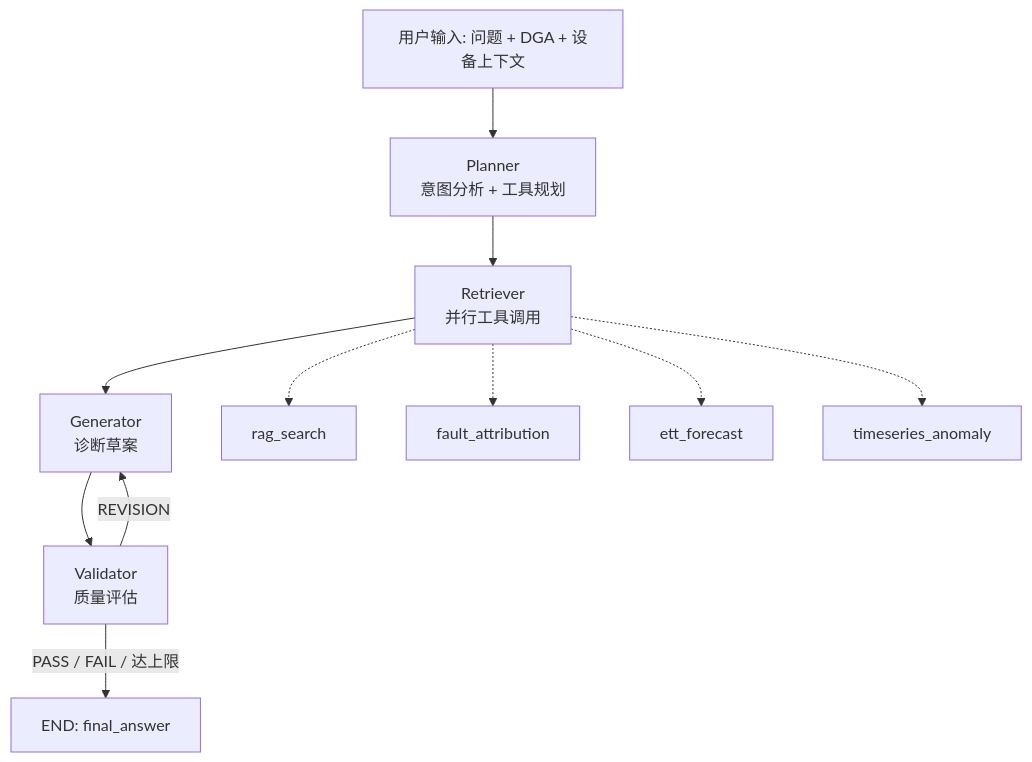
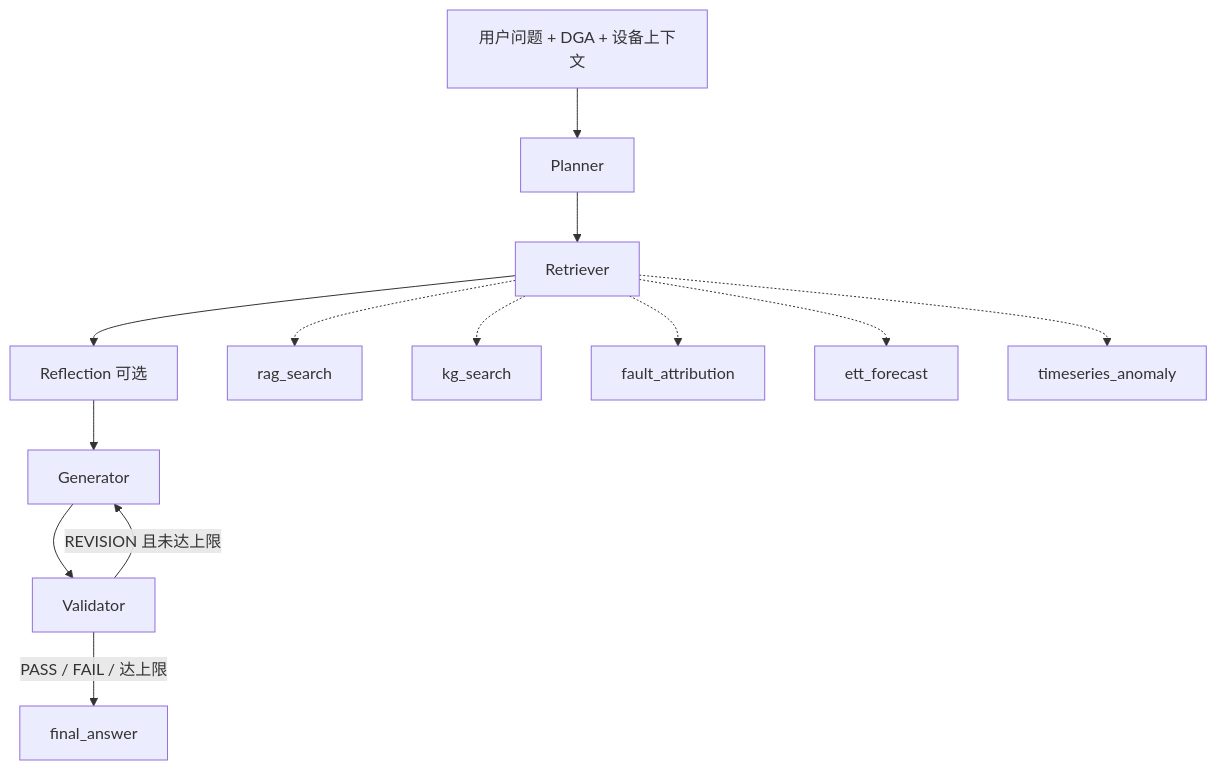
Before and after one commit to tang02-t/e_mutiAgent: the diagram in PROJECT_OVERVIEW.md, drawn with Mermaid. The commit also changed other lines of this file and 28 other files, not shown here.

````diff
--- a/PROJECT_OVERVIEW.md
+++ b/PROJECT_OVERVIEW.md
@@ -64,13 +69,15 @@
 ```mermaid
 flowchart TD
-    U[用户输入: 问题 + DGA + 设备上下文] --> P[Planner<br/>意图分析 + 工具规划]
-    P --> R[Retriever<br/>并行工具调用]
-    R --> G[Generator<br/>诊断草案]
-    G --> V[Validator<br/>质量评估]
-    V -- PASS / FAIL / 达上限 --> E[END: final_answer]
-    V -- REVISION --> G
+    U[用户问题 + DGA + 设备上下文] --> P[Planner]
+    P --> R[Retriever]
+    R --> F[Reflection 可选]
+    F --> G[Generator]
+    G --> V[Validator]
+    V -- REVISION 且未达上限 --> G
+    V -- PASS / FAIL / 达上限 --> E[final_answer]
     R -.-> T1[rag_search]
-    R -.-> T2[fault_attribution]
-    R -.-> T3[ett_forecast]
-    R -.-> T4[timeseries_anomaly]
+    R -.-> T2[kg_search]
+    R -.-> T3[fault_attribution]
+    R -.-> T4[ett_forecast]
+    R -.-> T5[timeseries_anomaly]
 ```
````
